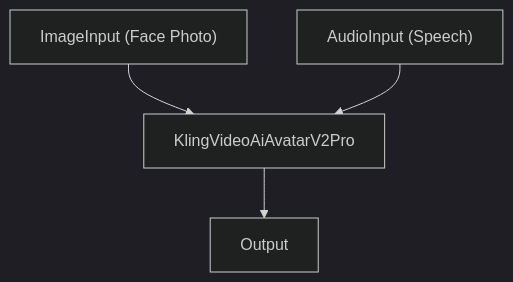
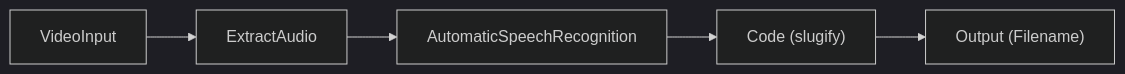
One commit to nodetool-ai/nodetool changed the eighth of 8 diagrams in docs/cookbook/patterns.md. Above: the diagram before and after it, drawn with Mermaid (dark theme). The commit also changed other lines of this file and 6 other files, not shown here.

```diff
--- a/docs/cookbook/patterns.md
+++ b/docs/cookbook/patterns.md
@@ -452,10 +290,9 @@
 {% mermaid %}
-graph TD
-  image_input["ImageInput (Face Photo)"]
-  audio_input["AudioInput (Speech)"]
-  output["Output"]
-  kling_avatar["KlingVideoAiAvatarV2Pro"]
-  image_input --> kling_avatar
-  audio_input --> kling_avatar
-  kling_avatar --> output
+graph LR
+  clip["VideoInput"]
+  audio["ExtractAudio"]
+  asr["AutomaticSpeechRecognition"]
+  code["Code (slugify)"]
+  out["Output (Filename)"]
+  clip --> audio --> asr --> code --> out
 {% endmermaid %}
```
